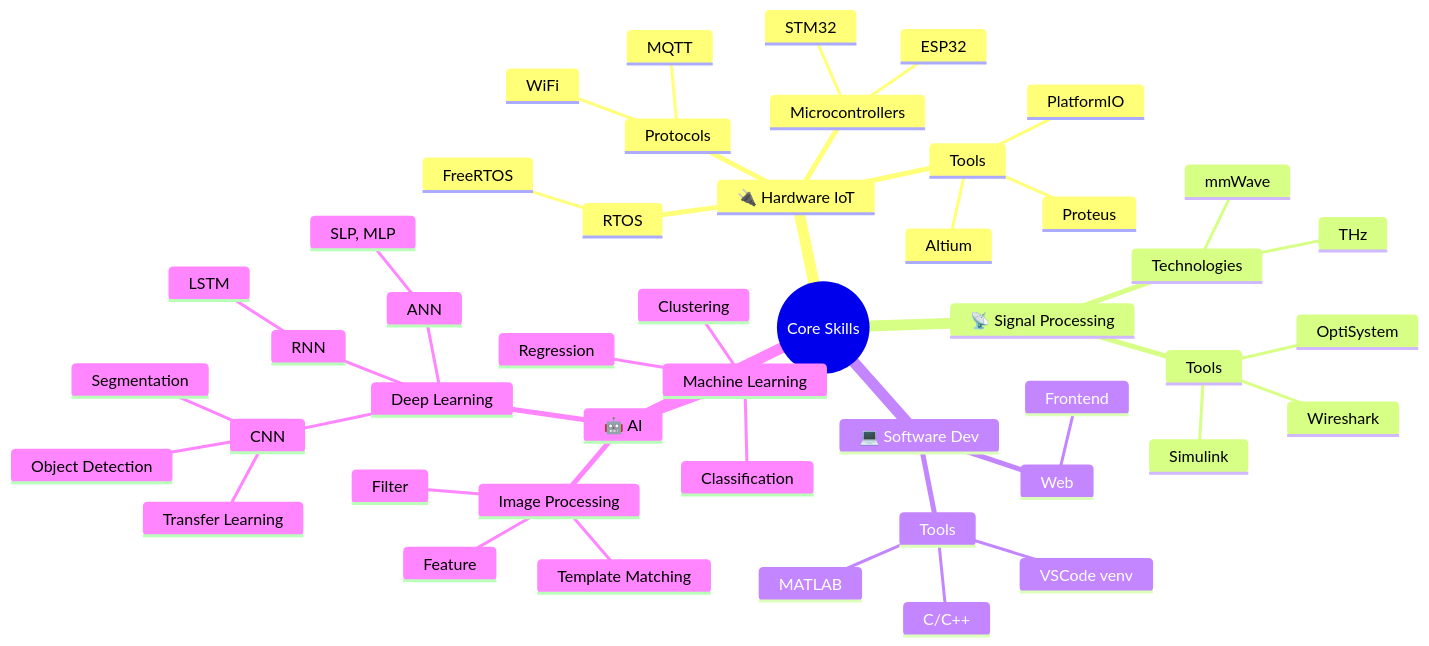
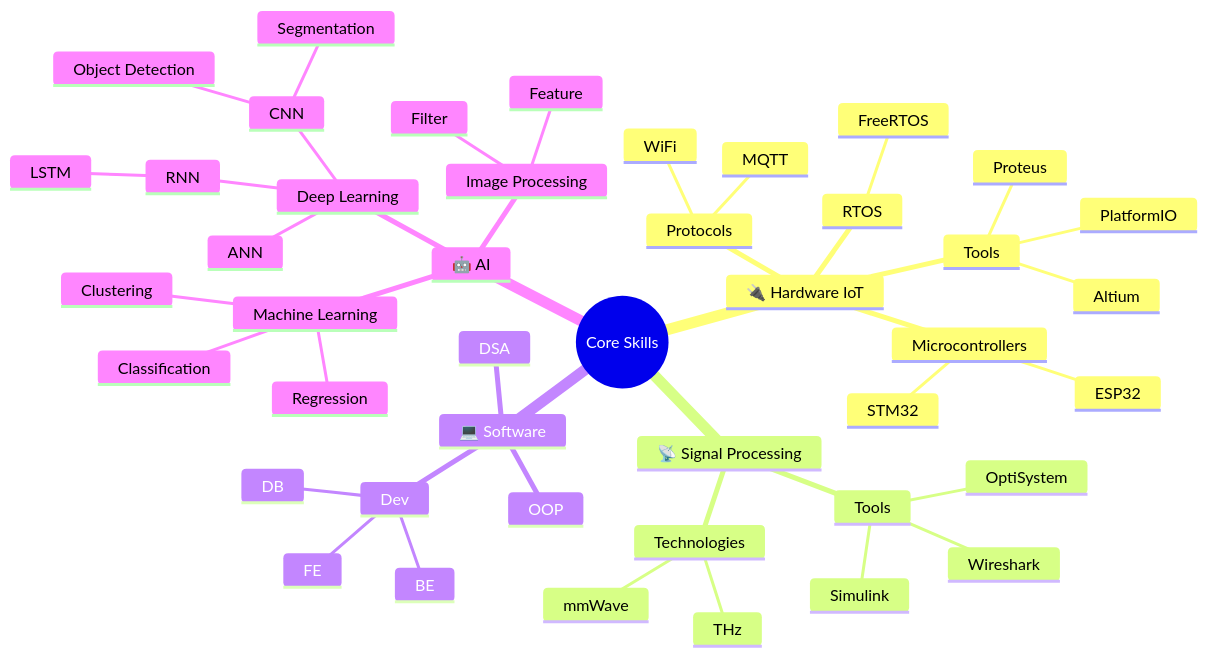
Before and after one commit to bathanh0309/bathanh0309: the diagram in README.md, drawn with Mermaid.

````diff
--- a/README.md
+++ b/README.md
@@ -140,50 +140,47 @@
 ```mermaid
 mindmap
   root((Core Skills))
     🔌 Hardware IoT
       Microcontrollers
         ESP32
         STM32
       RTOS
         FreeRTOS
       Protocols
         MQTT
         WiFi
       Tools
         PlatformIO
         Proteus
         Altium
     📡 Signal Processing
       Technologies
         mmWave
         THz
       Tools
         Simulink
         OptiSystem
         Wireshark
-    💻 Software Dev
-      Web
-        Frontend
-      Tools
-        VSCode venv
-        MATLAB
-        C/C++
+    💻 Software
+      Dev
+        FE
+        BE
+        DB
+      OOP
+      DSA
     🤖 AI 
       Machine Learning
         Classification
         Regression
         Clustering
       Deep Learning
         ANN
-          SLP, MLP
         CNN
           Segmentation
           Object Detection
-          Transfer Learning
         RNN
           LSTM
       Image Processing
         Feature
         Filter
-        Template Matching
 ```
````
